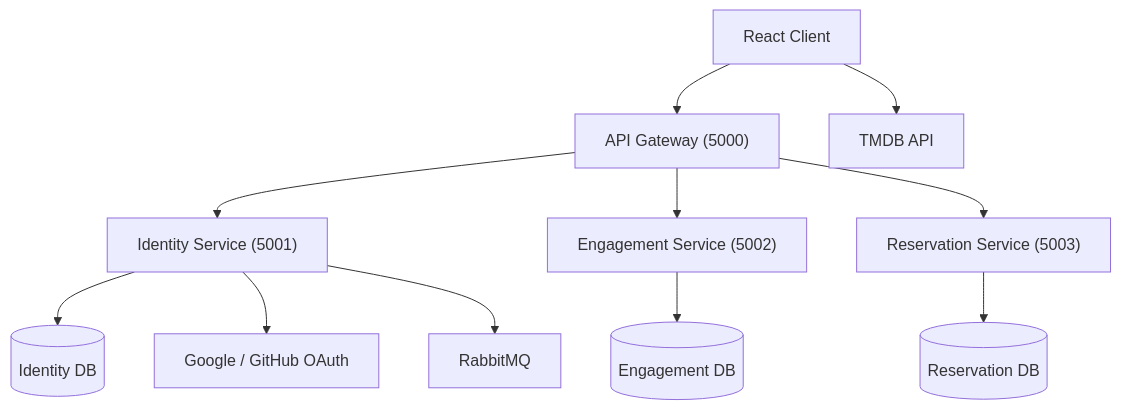
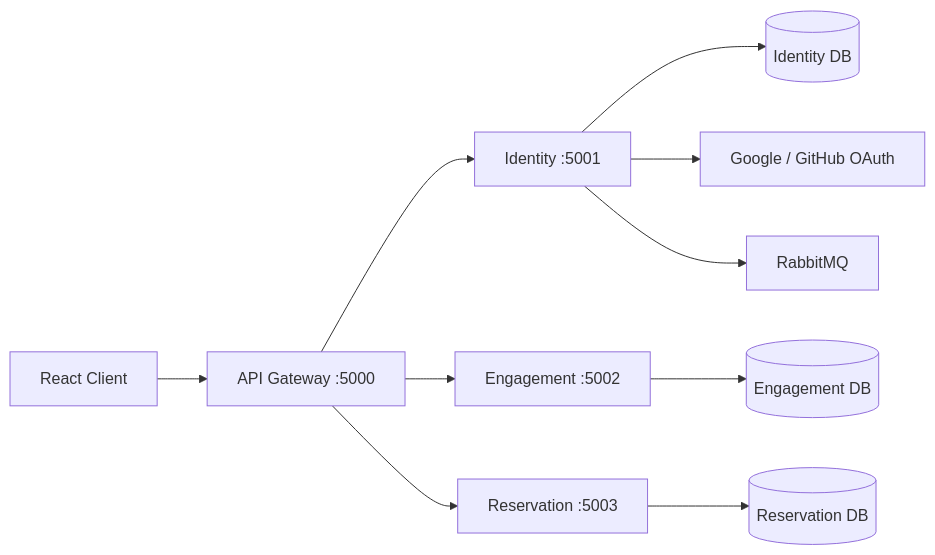
Before and after one commit to ML642/movie-reservation: the diagram in README.md, drawn with Mermaid. The commit also changed other lines of this file, not shown here.

````diff
--- a/README.md
+++ b/README.md
@@ -52,32 +21,15 @@
 ```mermaid
-flowchart TD
-    Client["React Client"]
-    Gateway["API Gateway (5000)"]
+flowchart LR
+    Client[React Client] --> Gateway[API Gateway :5000]
 
-    Identity["Identity Service (5001)"]
-    Engagement["Engagement Service (5002)"]
-    Reservation["Reservation Service (5003)"]
+    Gateway --> Identity[Identity :5001]
+    Gateway --> Engagement[Engagement :5002]
+    Gateway --> Reservation[Reservation :5003]
 
-    IdentityDB[(Identity DB)]
-    EngagementDB[(Engagement DB)]
-    ReservationDB[(Reservation DB)]
+    Identity --> IdentityDB[(Identity DB)]
+    Engagement --> EngagementDB[(Engagement DB)]
+    Reservation --> ReservationDB[(Reservation DB)]
 
-    Rabbit["RabbitMQ"]
-    OAuth["Google / GitHub OAuth"]
-    TMDB["TMDB API"]
-
-    Client --> Gateway
-
-    Gateway --> Identity
-    Gateway --> Engagement
-    Gateway --> Reservation
-
-    Identity --> IdentityDB
-    Engagement --> EngagementDB
-    Reservation --> ReservationDB
-
-    Identity --> OAuth
-    Identity --> Rabbit
-
-    Client --> TMDB
+    Identity --> OAuth[Google / GitHub OAuth]
+    Identity --> Rabbit[RabbitMQ]
 ```
````
